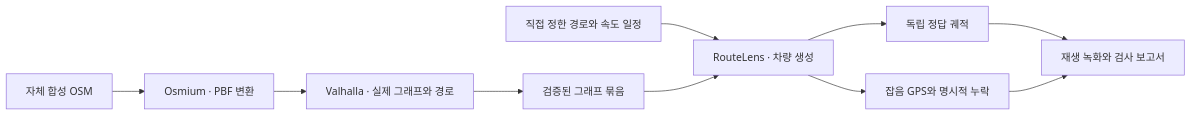
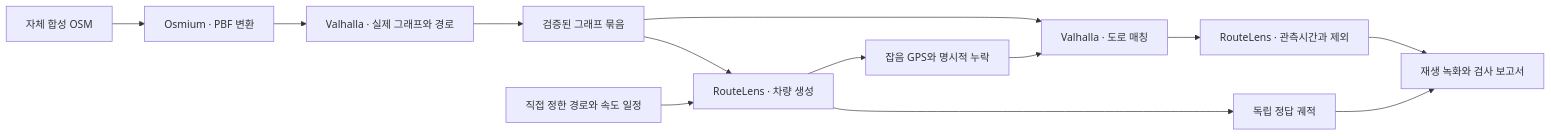
Before and after one commit to dicebattle/roadmesh: the diagram in README.ko.md, drawn with Mermaid. The commit also changed other lines of this file and 438 other files, not shown here.

````diff
--- a/README.ko.md
+++ b/README.ko.md
@@ -64,12 +65,15 @@
 ```mermaid
 flowchart LR
   F[자체 합성 OSM] --> O[Osmium · PBF 변환]
   O --> V[Valhalla · 실제 그래프와 경로]
   V --> G[검증된 그래프 묶음]
   S[직접 정한 경로와 속도 일정] --> P[RouteLens · 차량 생성]
   G --> P
   P --> T[독립 정답 궤적]
   P --> N[잡음 GPS와 명시적 누락]
   T --> R[재생 녹화와 검사 보고서]
-  N --> R
+  G --> M[Valhalla · 도로 매칭]
+  N --> M
+  M --> A[RouteLens · 관측시간과 제외]
+  A --> R
 ```
````
